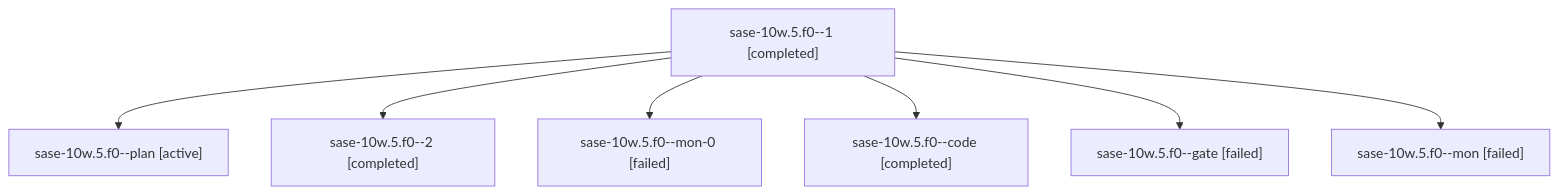
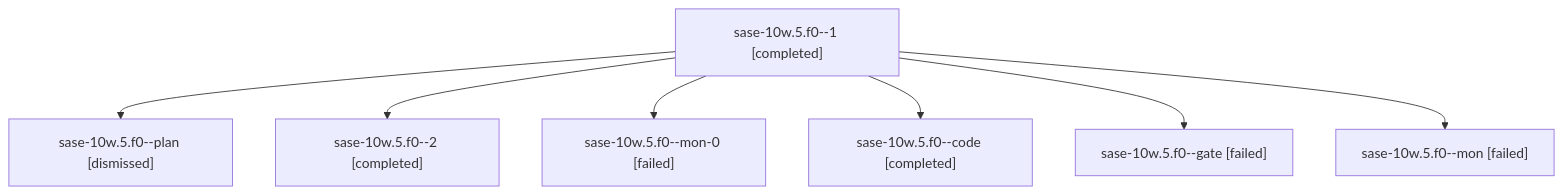
The diagram in sessions/bbugyi200.athena.sase-10w.5.f0.md (sase-org/sase--agents), drawn with Mermaid before and after one commit. The commit also changed other lines of this file and 104 other files, not shown here.

````diff
--- a/sessions/bbugyi200.athena.sase-10w.5.f0.md
+++ b/sessions/bbugyi200.athena.sase-10w.5.f0.md
@@ -9,16 +9,16 @@
 ```mermaid
 flowchart TD
   n0["sase-10w.5.f0--1 [completed]"]
-  n1["sase-10w.5.f0--plan [active]"]
+  n1["sase-10w.5.f0--plan [dismissed]"]
   n0 --> n1
   n2["sase-10w.5.f0--2 [completed]"]
   n0 --> n2
   n3["sase-10w.5.f0--mon-0 [failed]"]
   n0 --> n3
   n4["sase-10w.5.f0--code [completed]"]
   n0 --> n4
   n5["sase-10w.5.f0--gate [failed]"]
   n0 --> n5
   n6["sase-10w.5.f0--mon [failed]"]
   n0 --> n6
 ```
````
